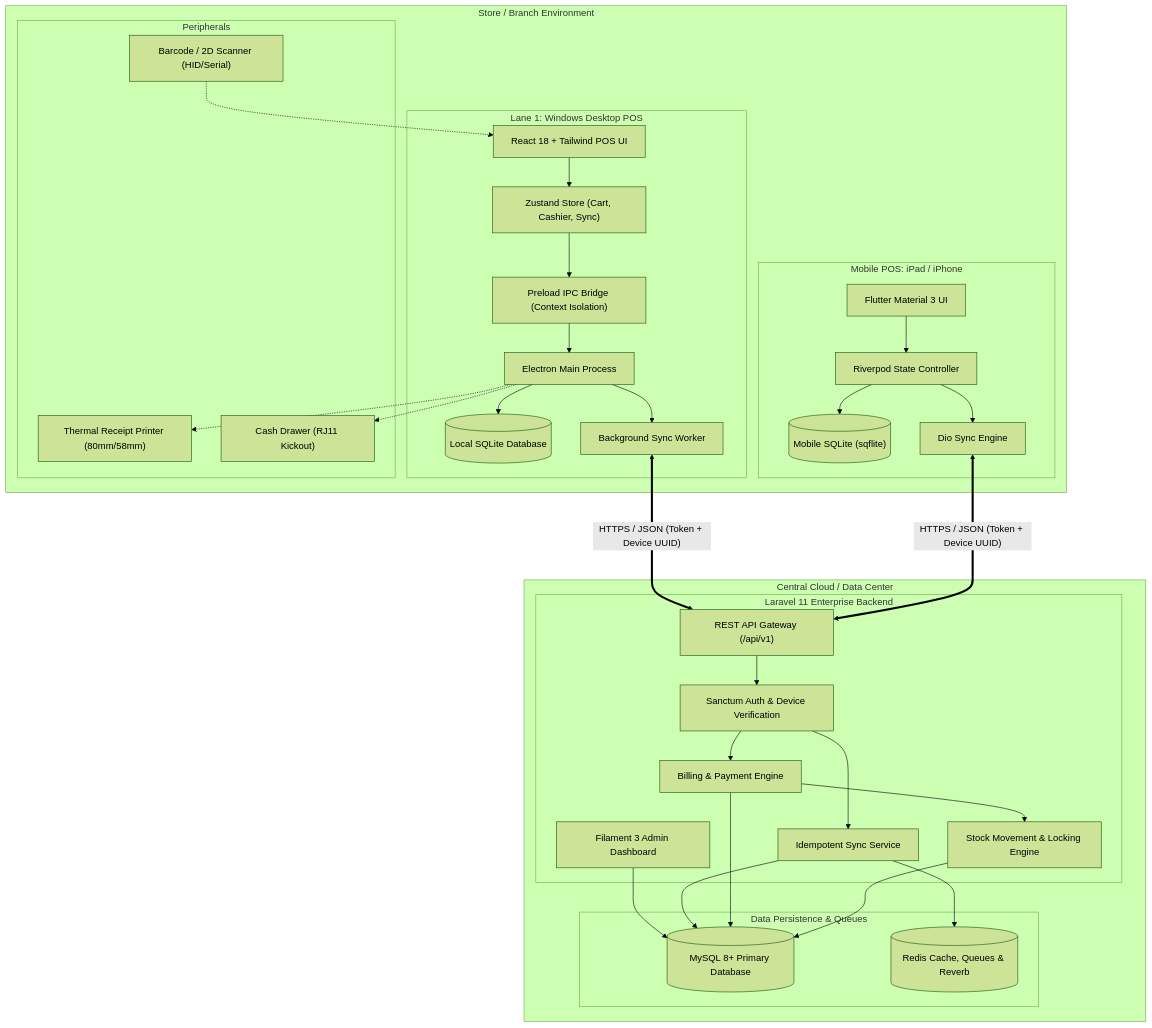
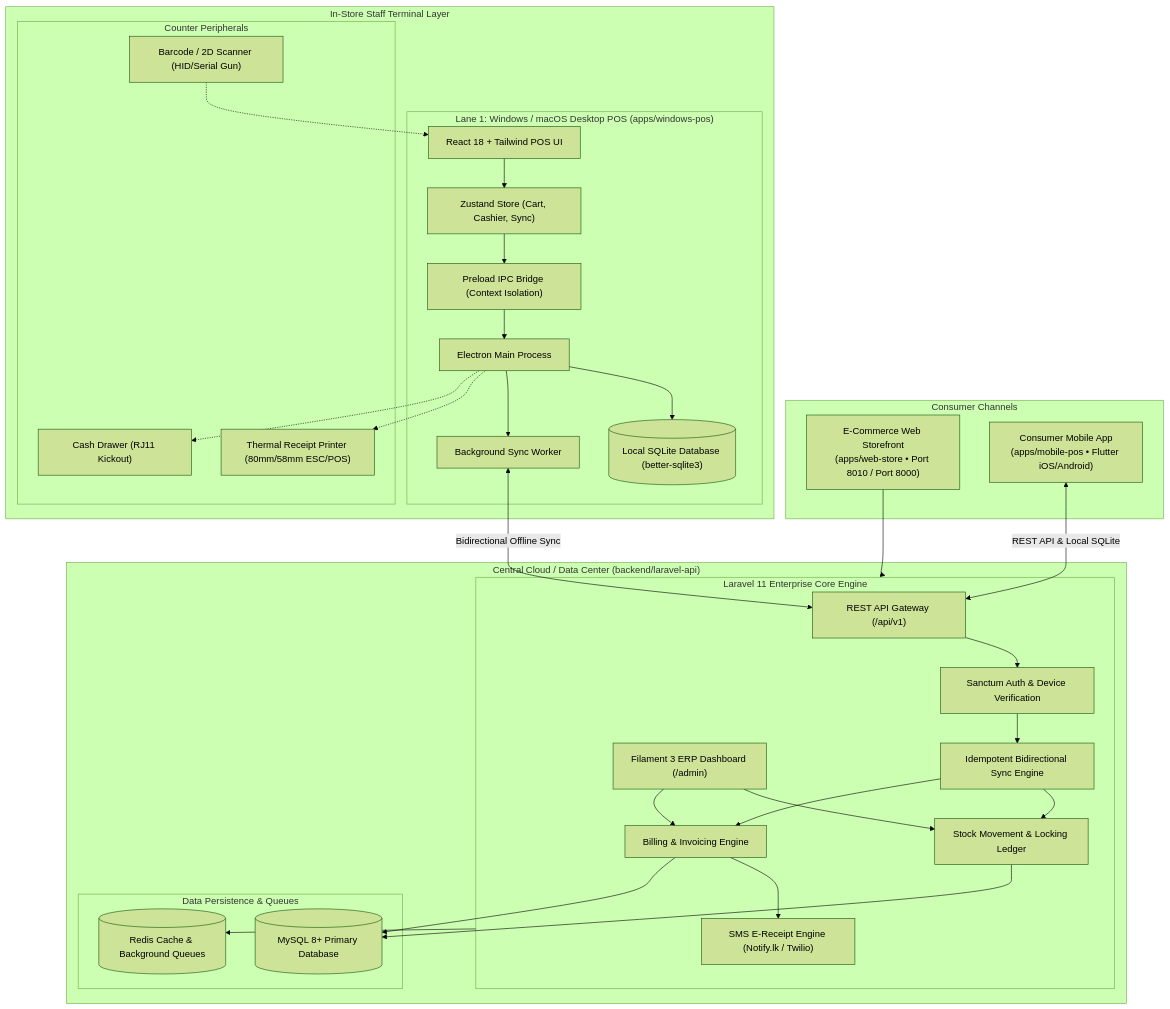
Before and after one commit to chanakawiz/pos: the diagram in documentation/architecture.md, drawn with Mermaid (forest theme). The commit also changed other lines of this file and 26 other files, not shown here.

````diff
--- a/documentation/architecture.md
+++ b/documentation/architecture.md
@@ -7,66 +12,65 @@
 ```mermaid
 flowchart TD
-    subgraph StoreLevel["Store / Branch Environment"]
-        subgraph Terminal1["Lane 1: Windows Desktop POS"]
+    subgraph ConsumerLayer["Consumer Channels"]
+        CustomerWeb["E-Commerce Web Storefront\n(apps/web-store • Port 8010 / Port 8000)"]
+        CustomerMobile["Consumer Mobile App\n(apps/mobile-pos • Flutter iOS/Android)"]
+    end
+
+    subgraph StoreTerminalLayer["In-Store Staff Terminal Layer"]
+        subgraph Terminal1["Lane 1: Windows / macOS Desktop POS (apps/windows-pos)"]
             W1_UI["React 18 + Tailwind POS UI"]
             W1_State["Zustand Store (Cart, Cashier, Sync)"]
             W1_Bridge["Preload IPC Bridge (Context Isolation)"]
             W1_Main["Electron Main Process"]
-            W1_DB[("Local SQLite Database")]
+            W1_DB[("Local SQLite Database (better-sqlite3)")]
             W1_Sync["Background Sync Worker"]
             W1_UI --> W1_State
             W1_State --> W1_Bridge
             W1_Bridge --> W1_Main
             W1_Main --> W1_DB
             W1_Main --> W1_Sync
         end
 
-        subgraph Terminal2["Mobile POS: iPad / iPhone"]
-            F1_UI["Flutter Material 3 UI"]
-            F1_State["Riverpod State Controller"]
-            F1_DB[("Mobile SQLite (sqflite)")]
-            F1_Sync["Dio Sync Engine"]
-            F1_UI --> F1_State
-            F1_State --> F1_DB
-            F1_State --> F1_Sync
-        end
-
-        subgraph Hardware["Peripherals"]
-            ThermalPrinter["Thermal Receipt Printer (80mm/58mm)"]
-            BarcodeScanner["Barcode / 2D Scanner (HID/Serial)"]
+        subgraph Hardware["Counter Peripherals"]
+            ThermalPrinter["Thermal Receipt Printer (80mm/58mm ESC/POS)"]
+            BarcodeScanner["Barcode / 2D Scanner (HID/Serial Gun)"]
             CashDrawer["Cash Drawer (RJ11 Kickout)"]
             W1_Main -.-> ThermalPrinter
             W1_Main -.-> CashDrawer
             BarcodeScanner -.-> W1_UI
         end
     end
 
-    subgraph CloudLevel["Central Cloud / Data Center"]
-        subgraph LaravelApp["Laravel 11 Enterprise Backend"]
+    subgraph CloudLevel["Central Cloud / Data Center (backend/laravel-api)"]
+        subgraph LaravelApp["Laravel 11 Enterprise Core Engine"]
             API_Gateway["REST API Gateway (/api/v1)"]
             Auth_Guard["Sanctum Auth & Device Verification"]
-            Sync_Service["Idempotent Sync Service"]
-            Billing_Service["Billing & Payment Engine"]
-            Inventory_Service["Stock Movement & Locking Engine"]
-            Filament_Admin["Filament 3 Admin Dashboard"]
+            Sync_Service["Idempotent Bidirectional Sync Engine"]
+            Billing_Service["Billing & Invoicing Engine"]
+            Inventory_Service["Stock Movement & Locking Ledger"]
+            Filament_Admin["Filament 3 ERP Dashboard (/admin)"]
+            Sms_Gateway["SMS E-Receipt Engine (Notify.lk / Twilio)"]
         end
 
         subgraph Databases["Data Persistence & Queues"]
             MySQL_Master[("MySQL 8+ Primary Database")]
-            Redis_Broker[("Redis Cache, Queues & Reverb")]
+            Redis_Broker[("Redis Cache & Background Queues")]
         end
 
         API_Gateway --> Auth_Guard
         Auth_Guard --> Sync_Service
-        Auth_Guard --> Billing_Service
-        Billing_Service --> Inventory_Service
-        Filament_Admin --> MySQL_Master
-        Sync_Service --> MySQL_Master
+        Sync_Service --> Inventory_Service
+        Sync_Service --> Billing_Service
+        Billing_Service --> Sms_Gateway
+        Filament_Admin --> Inventory_Service
+        Filament_Admin --> Billing_Service
+
+        Inventory_Service --> MySQL_Master
         Billing_Service --> MySQL_Master
-        Inventory_Service --> MySQL_Master
-        Sync_Service --> Redis_Broker
+        LaravelApp --> Redis_Broker
     end
 
-    W1_Sync <===>|"HTTPS / JSON (Token + Device UUID)"| API_Gateway
-    F1_Sync <===>|"HTTPS / JSON (Token + Device UUID)"| API_Gateway
+    CustomerWeb --> LaravelApp
+    CustomerMobile <-->|REST API & Local SQLite| API_Gateway
+    W1_Sync <-->|Bidirectional Offline Sync| API_Gateway
 ```
````
